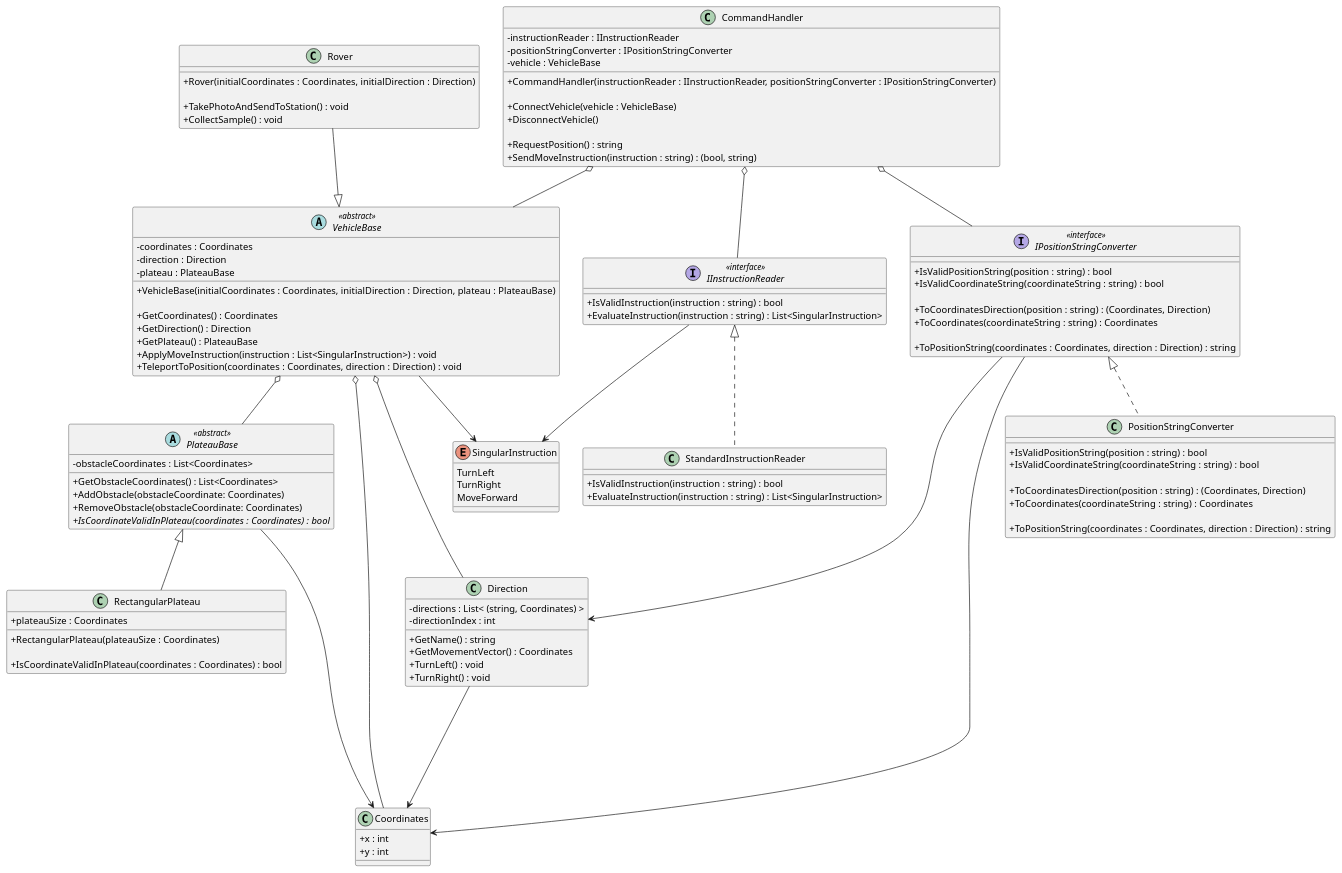
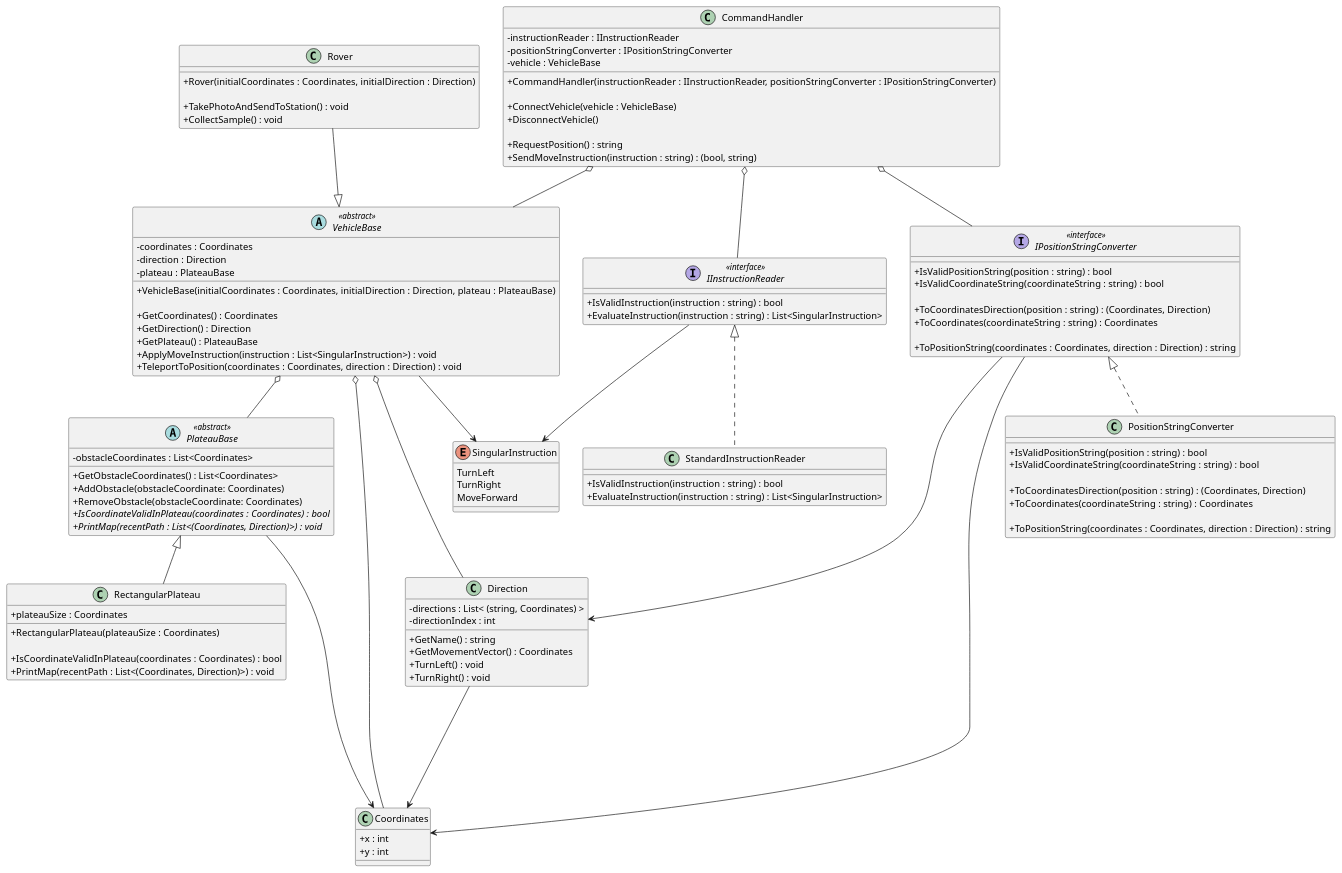
One commit to iamfranco/MarsRoverChallenge changed the diagram in diagrams/MarsRoverChallenge.puml. Above: the diagram before and after it, drawn with PlantUML. The commit also changed 1 other file, not shown here.

Commit message:
UML: add PrintMap abstract method to plateauBase

```diff
--- a/diagrams/MarsRoverChallenge.puml
+++ b/diagrams/MarsRoverChallenge.puml
@@ -1,141 +1,143 @@
 @startuml "Mars Rover Challenge"
 skinparam classAttributeIconSize 0
 
 interface IInstructionReader <<interface>>
 {
   + IsValidInstruction(instruction : string) : bool
   + EvaluateInstruction(instruction : string) : List<SingularInstruction>
 }
 
 enum SingularInstruction
 {
   TurnLeft
   TurnRight
   MoveForward
 }
 
 class StandardInstructionReader
 {
   + IsValidInstruction(instruction : string) : bool
   + EvaluateInstruction(instruction : string) : List<SingularInstruction>
 }
 
 abstract PlateauBase <<abstract>>
 {
   - obstacleCoordinates : List<Coordinates>
 
   + GetObstacleCoordinates() : List<Coordinates>
   + AddObstacle(obstacleCoordinate: Coordinates)
   + RemoveObstacle(obstacleCoordinate: Coordinates)
   {abstract} + IsCoordinateValidInPlateau(coordinates : Coordinates) : bool
+  {abstract} + PrintMap(recentPath : List<(Coordinates, Direction)>) : void
 }
 
 class RectangularPlateau
 {
   + plateauSize : Coordinates
 
   + RectangularPlateau(plateauSize : Coordinates)
 
   + IsCoordinateValidInPlateau(coordinates : Coordinates) : bool
+  + PrintMap(recentPath : List<(Coordinates, Direction)>) : void
 }
 
 class Coordinates
 {
   + x : int
   + y : int
 }
 
 class Direction
 {
   - directions : List< &#40;string, Coordinates&#41; >
   - directionIndex : int
 
   + GetName() : string
   + GetMovementVector() : Coordinates
   + TurnLeft() : void
   + TurnRight() : void
 }
 
 interface IPositionStringConverter <<interface>>
 {
   + IsValidPositionString(position : string) : bool
   + IsValidCoordinateString(coordinateString : string) : bool
 
   + ToCoordinatesDirection(position : string) : (Coordinates, Direction)
   + ToCoordinates(coordinateString : string) : Coordinates
 
   + ToPositionString(coordinates : Coordinates, direction : Direction) : string
 }
 
 class PositionStringConverter
 {
   + IsValidPositionString(position : string) : bool
   + IsValidCoordinateString(coordinateString : string) : bool
 
   + ToCoordinatesDirection(position : string) : (Coordinates, Direction)
   + ToCoordinates(coordinateString : string) : Coordinates
 
   + ToPositionString(coordinates : Coordinates, direction : Direction) : string
 }
 
 abstract VehicleBase <<abstract>>
 {
   - coordinates : Coordinates
   - direction : Direction
   - plateau : PlateauBase
 
   + VehicleBase(initialCoordinates : Coordinates, initialDirection : Direction, plateau : PlateauBase)
 
   + GetCoordinates() : Coordinates
   + GetDirection() : Direction
   + GetPlateau() : PlateauBase
   + ApplyMoveInstruction(instruction : List<SingularInstruction>) : void
   + TeleportToPosition(coordinates : Coordinates, direction : Direction) : void
 }
 
 class Rover
 {
   + Rover(initialCoordinates : Coordinates, initialDirection : Direction)
 
   + TakePhotoAndSendToStation() : void
   + CollectSample() : void
 }
 
 class CommandHandler
 {
   - instructionReader : IInstructionReader
   - positionStringConverter : IPositionStringConverter
   - vehicle : VehicleBase
 
   + CommandHandler(instructionReader : IInstructionReader, positionStringConverter : IPositionStringConverter)
   
   + ConnectVehicle(vehicle : VehicleBase)
   + DisconnectVehicle()
 
   + RequestPosition() : string
   + SendMoveInstruction(instruction : string) : (bool, string)
 }
 
 CommandHandler o-- IInstructionReader
 CommandHandler o-- IPositionStringConverter
 CommandHandler o-- VehicleBase
 
 IInstructionReader --> SingularInstruction
 IInstructionReader <|.. StandardInstructionReader 
 
 VehicleBase <|-u- Rover
 VehicleBase --> SingularInstruction
 VehicleBase o--- Direction
 VehicleBase o---- Coordinates
 VehicleBase o-- PlateauBase
 
 IPositionStringConverter <|.. PositionStringConverter
 IPositionStringConverter ---> Direction
 IPositionStringConverter ---> Coordinates
 
 PlateauBase <|-- RectangularPlateau
 PlateauBase -----> Coordinates
 
 Direction --> Coordinates 
 
 @enduml
```
